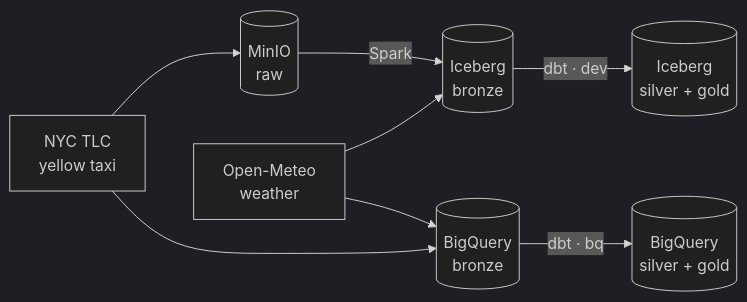
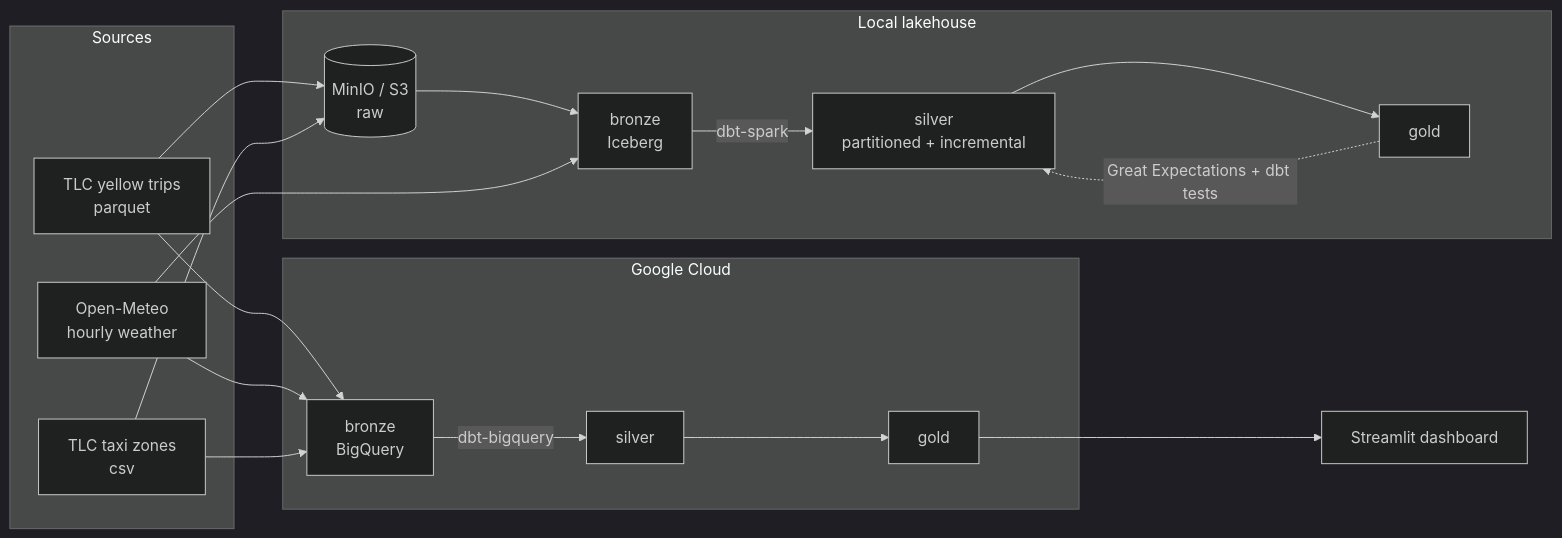
The diagram in README.md (Shubhangi-Mittal/nyc-taxi-weather-lakehouse), drawn with Mermaid (dark theme) before and after one commit. The commit also changed other lines of this file, not shown here.

Commit message:
Update README.md to enhance project description and clarify findings on tipping behavior in relation to weather

````diff
--- a/README.md
+++ b/README.md
@@ -18,12 +42,37 @@
 ```mermaid
 flowchart LR
-    TLC[NYC TLC<br/>yellow taxi] --> RAW[(MinIO<br/>raw)]
-    OM[Open-Meteo<br/>weather] --> IB
+    subgraph SRC[Sources]
+        TLC[TLC yellow trips<br/>parquet]
+        OM[Open-Meteo<br/>hourly weather]
+        TZ[TLC taxi zones<br/>csv]
+    end
 
-    RAW -->|Spark| IB[(Iceberg<br/>bronze)]
-    IB -->|dbt · dev| LG[(Iceberg<br/>silver + gold)]
+    subgraph LOCAL[Local lakehouse]
+        MINIO[(MinIO / S3<br/>raw)]
+        BZ[bronze<br/>Iceberg]
+        SV[silver<br/>partitioned + incremental]
+        GD[gold]
+    end
 
-    TLC --> BQB[(BigQuery<br/>bronze)]
+    subgraph CLOUD[Google Cloud]
+        BQB[bronze<br/>BigQuery]
+        BQS[silver]
+        BQG[gold]
+    end
+
+    DASH[Streamlit dashboard]
+
+    TLC --> MINIO
+    TZ --> MINIO
+    MINIO --> BZ
+    OM --> BZ
+    BZ -->|dbt-spark| SV --> GD
+
+    TLC --> BQB
     OM --> BQB
-    BQB -->|dbt · bq| BQG[(BigQuery<br/>silver + gold)]
+    TZ --> BQB
+    BQB -->|dbt-bigquery| BQS --> BQG
+
+    GD -.->|Great Expectations + dbt tests| SV
+    BQG --> DASH
 ```
````
